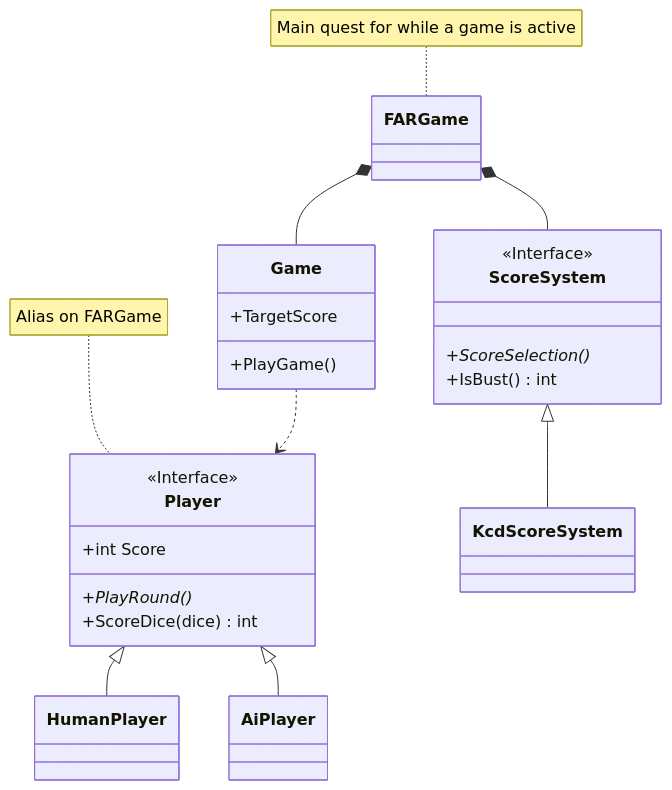
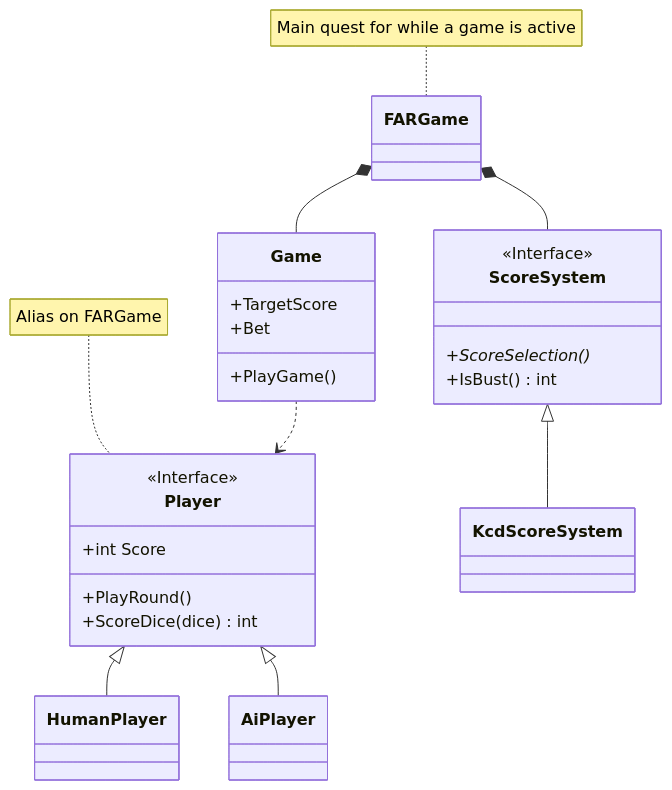
Before and after one commit to kieranknowles1/tesfarkle: the diagram in readme.md, drawn with Mermaid. The commit also changed other lines of this file and 1 other file, not shown here.

````diff
--- a/readme.md
+++ b/readme.md
@@ -12,44 +12,45 @@
 ```mermaid
 classDiagram
   class Game {
     +TargetScore
+    +Bet
     +PlayGame()
   }
 
   class Player {
     +int Score
-    +PlayRound()*
+    +PlayRound()
     +ScoreDice(dice) int
   }
   <<Interface>> Player
   note for Player "Alias on FARGame"
 
   class HumanPlayer {
 
   }
 
   class AiPlayer {
 
   }
   Player <|-- HumanPlayer
   Player <|-- AiPlayer
   Game ..> Player
 
   class ScoreSystem {
     +ScoreSelection()*
     +IsBust() int
   }
   <<Interface>> ScoreSystem
 
   class KcdScoreSystem {
   
   }
   ScoreSystem <|-- KcdScoreSystem
 
   class FARGame {
 
   }
   note for FARGame "Main quest for while a game is active"
   FARGame *-- Game
   FARGame *-- ScoreSystem
 ```
````
